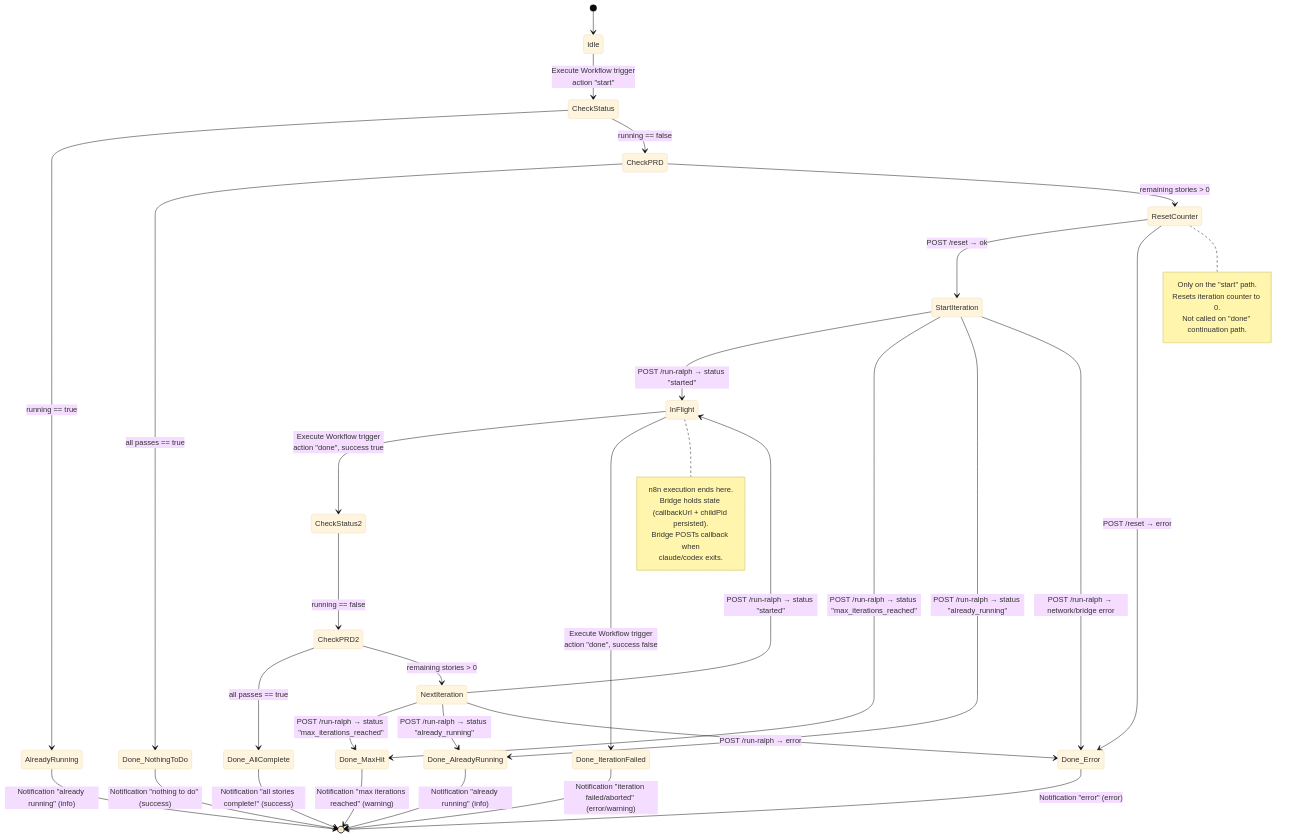
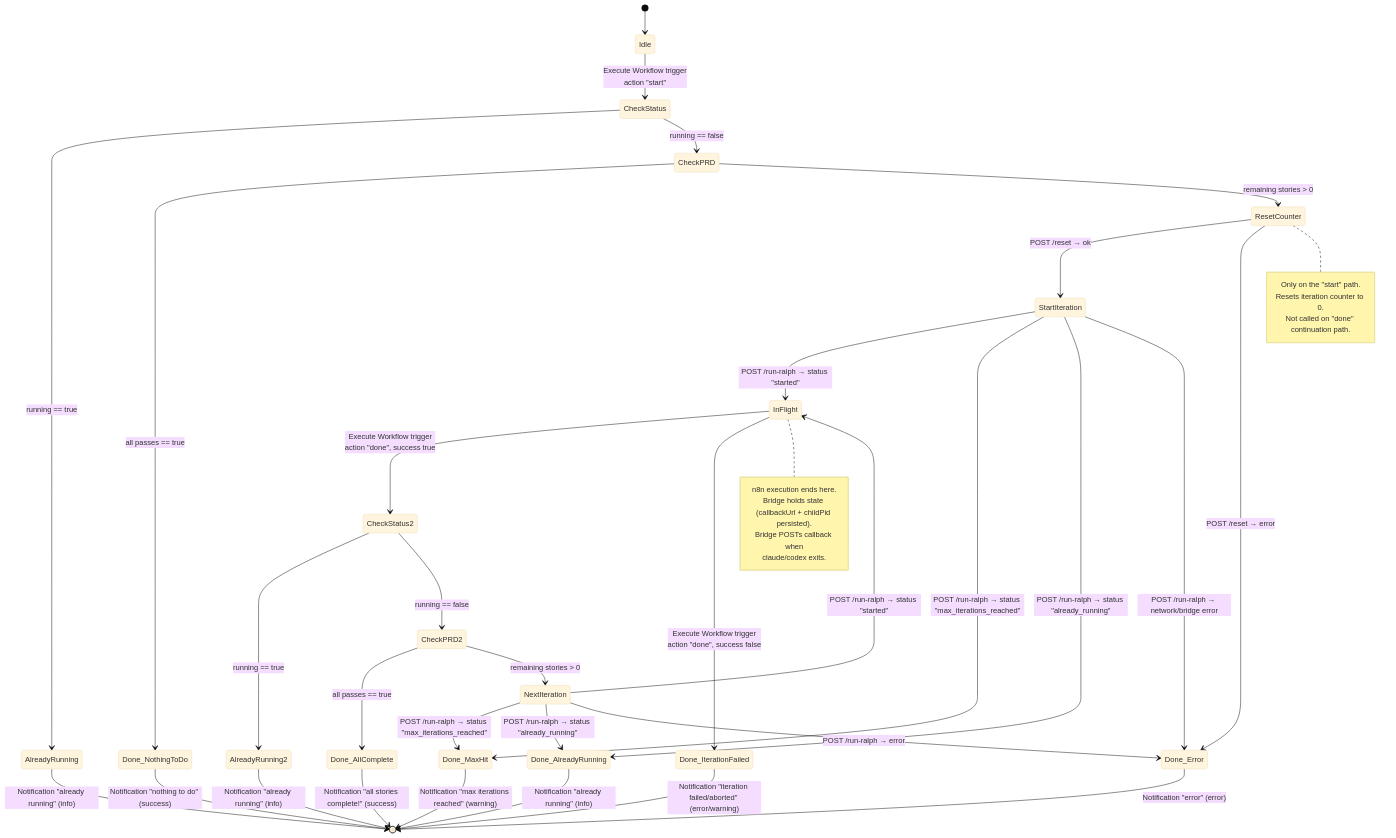
The third of 8 diagrams in ralph-loop/architecture.md (NNTin/gsnake-specs), drawn with Mermaid (base theme) before and after one commit. The commit also changed other lines of this file, not shown here.

First line of the commit message:
fix: align architecture diagrams with ralph-loop SOP rev 2

````diff
--- a/ralph-loop/architecture.md
+++ b/ralph-loop/architecture.md
@@ -132,56 +132,60 @@
 ```mermaid
 stateDiagram-v2
     [*] --> Idle
 
     Idle --> CheckStatus : Execute Workflow trigger<br>action "start"
     CheckStatus --> AlreadyRunning : running == true
     CheckStatus --> CheckPRD : running == false
 
     AlreadyRunning --> [*] : Notification "already running" (info)
 
     CheckPRD --> Done_NothingToDo : all passes == true
     CheckPRD --> ResetCounter : remaining stories > 0
 
     Done_NothingToDo --> [*] : Notification "nothing to do" (success)
 
     ResetCounter --> StartIteration : POST /reset → ok
     ResetCounter --> Done_Error : POST /reset → error
 
     StartIteration --> InFlight : POST /run-ralph → status "started"
     StartIteration --> Done_MaxHit : POST /run-ralph → status "max_iterations_reached"
     StartIteration --> Done_AlreadyRunning : POST /run-ralph → status "already_running"
     StartIteration --> Done_Error : POST /run-ralph → network/bridge error
 
     Done_MaxHit --> [*] : Notification "max iterations reached" (warning)
     Done_AlreadyRunning --> [*] : Notification "already running" (info)
     Done_Error --> [*] : Notification "error" (error)
 
     InFlight --> CheckStatus2 : Execute Workflow trigger<br>action "done", success true
     InFlight --> Done_IterationFailed : Execute Workflow trigger<br>action "done", success false
 
     Done_IterationFailed --> [*] : Notification "iteration failed/aborted" (error/warning)
 
+    CheckStatus2 --> AlreadyRunning2 : running == true
     CheckStatus2 --> CheckPRD2 : running == false
+
+    AlreadyRunning2 --> [*] : Notification "already running" (info)
+
     CheckPRD2 --> Done_AllComplete : all passes == true
     CheckPRD2 --> NextIteration : remaining stories > 0
 
     Done_AllComplete --> [*] : Notification "all stories complete!" (success)
 
     NextIteration --> InFlight : POST /run-ralph → status "started"
     NextIteration --> Done_MaxHit : POST /run-ralph → status "max_iterations_reached"
     NextIteration --> Done_AlreadyRunning : POST /run-ralph → status "already_running"
     NextIteration --> Done_Error : POST /run-ralph → error
 
     note right of InFlight
         n8n execution ends here.
         Bridge holds state (callbackUrl + childPid persisted).
         Bridge POSTs callback when
         claude/codex exits.
     end note
 
     note right of ResetCounter
         Only on the "start" path.
         Resets iteration counter to 0.
         Not called on "done" continuation path.
     end note
 ```
````
